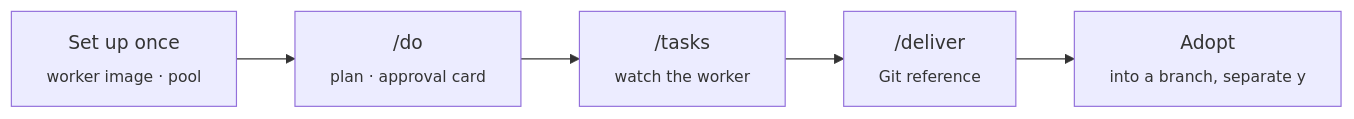
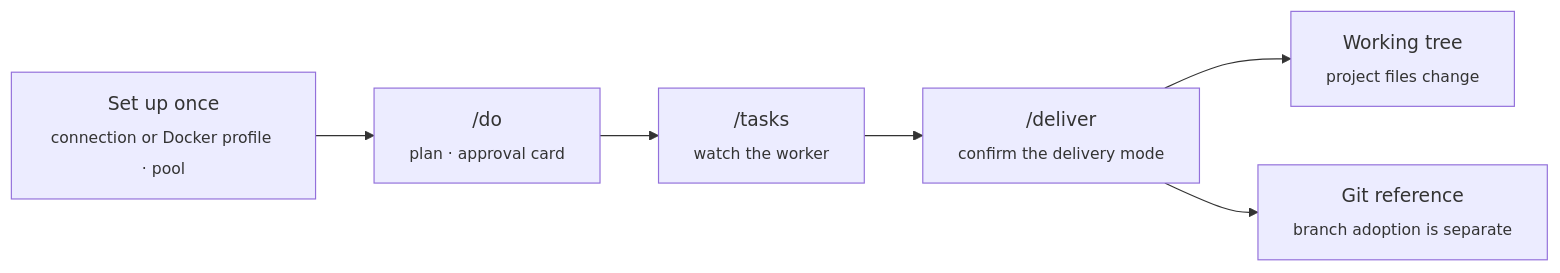
One commit to Verhex/deckent-next changed the fourth of 6 diagrams in README.md. Above: the diagram before and after it, drawn with Mermaid. The commit also changed other lines of this file and 10 other files, not shown here.

First line of the commit message:
docs: README, PLAN, ARCHITECTURE and guides follow the beta.1 candidate; three prerequisites, the security scan cadence and the beta.2 inbox are in PLAN (B1-DOCS-FIX-ROOT)

````diff
--- a/README.md
+++ b/README.md
@@ -263,7 +266,8 @@
 ```mermaid
 flowchart LR
-  S["Set up once<br/><sub>worker image · pool</sub>"] --> D["/do<br/><sub>plan · approval card</sub>"]
+  S["Set up once<br/><sub>connection or Docker profile · pool</sub>"] --> D["/do<br/><sub>plan · approval card</sub>"]
   D --> T["/tasks<br/><sub>watch the worker</sub>"]
-  T --> L["/deliver<br/><sub>Git reference</sub>"]
-  L --> B["Adopt<br/><sub>into a branch, separate y</sub>"]
+  T --> L["/deliver<br/><sub>confirm the delivery mode</sub>"]
+  L --> W["Working tree<br/><sub>project files change</sub>"]
+  L --> R["Git reference<br/><sub>branch adoption is separate</sub>"]
 ```
````
